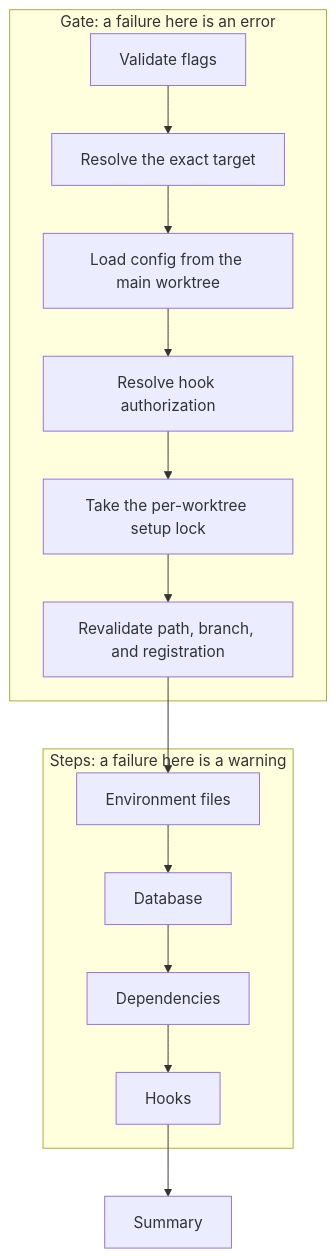
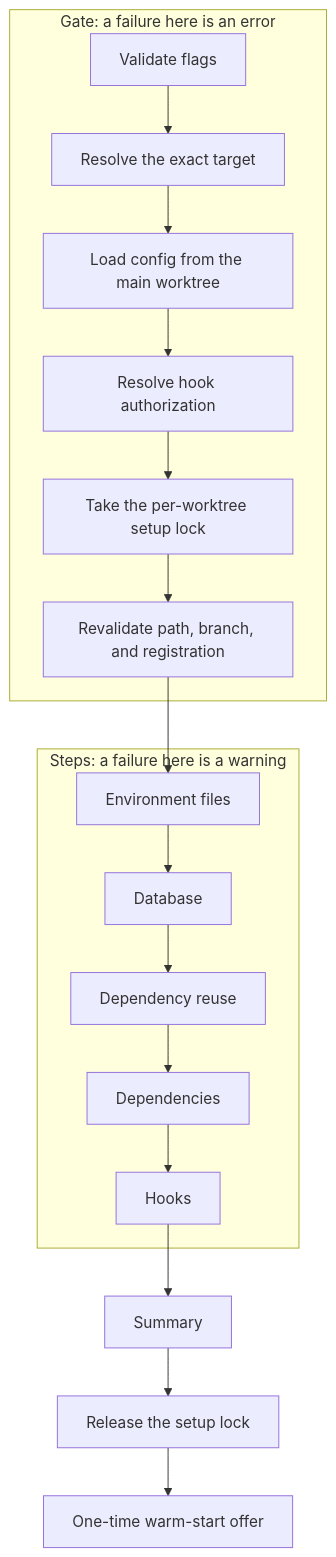
One commit to shoutcape/TreeMan changed the second of 5 diagrams in docs/architecture/lifecycles.md. Above: the diagram before and after it, drawn with Mermaid. The commit also changed other lines of this file and 27 other files, not shown here.

First line of the commit message:
feat(deps): add warm starts with deps.reuse (#87)

````diff
--- a/docs/architecture/lifecycles.md
+++ b/docs/architecture/lifecycles.md
@@ -30,27 +31,31 @@
 ```mermaid
 flowchart TD
     A[Validate flags] --> B[Resolve the exact target]
     B --> C[Load config from the main worktree]
     C --> D[Resolve hook authorization]
     D --> E[Take the per-worktree setup lock]
     E --> F[Revalidate path, branch, and registration]
     F --> G[Environment files]
     G --> H[Database]
-    H --> I[Dependencies]
+    H --> R[Dependency reuse]
+    R --> I[Dependencies]
     I --> J[Hooks]
     J --> K[Summary]
+    K --> L[Release the setup lock]
+    L --> O[One-time warm-start offer]
     subgraph Gate [Gate: a failure here is an error]
         A
         B
         C
         D
         E
         F
     end
     subgraph Steps [Steps: a failure here is a warning]
         G
         H
+        R
         I
         J
     end
 ```
````
